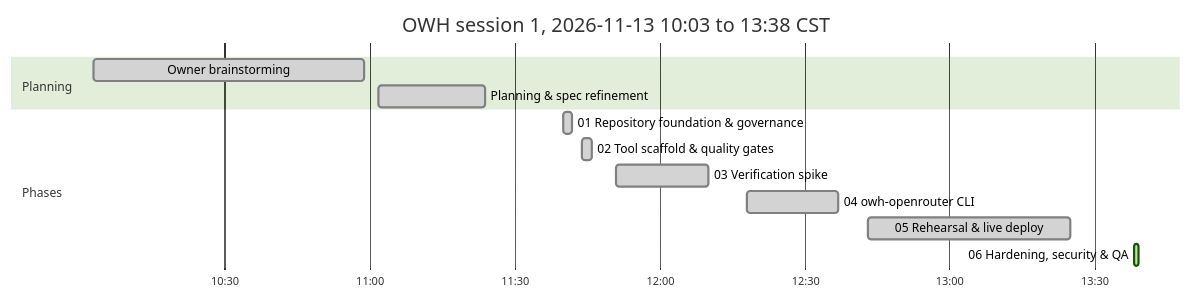
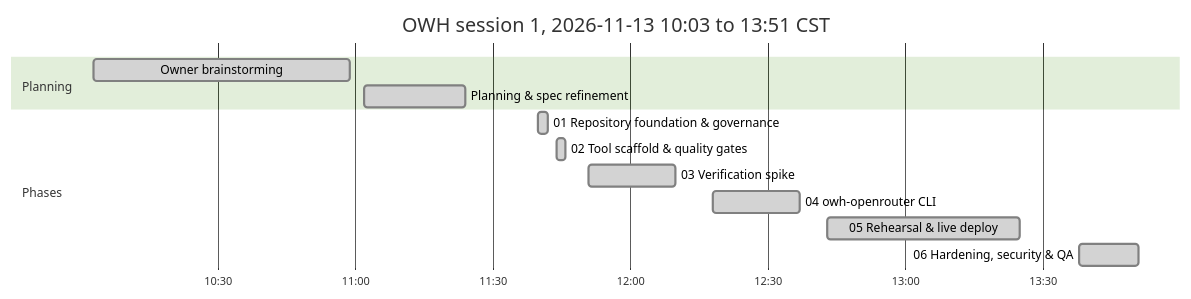
One commit to antonizick/OpenWebUI changed the diagram in OWH_IMPLEMENTATION_PLAN.md. Above: the diagram before and after it, drawn with Mermaid (forest theme). The commit also changed other lines of this file and 1 other file, not shown here.

Commit message:
docs(plan): refresh timeline

````diff
--- a/OWH_IMPLEMENTATION_PLAN.md
+++ b/OWH_IMPLEMENTATION_PLAN.md
@@ -48,16 +48,16 @@
 ```mermaid
 gantt
-    title OWH session 1, 2026-11-13 10:03 to 13:38 CST
+    title OWH session 1, 2026-11-13 10:03 to 13:51 CST
     dateFormat YYYY-MM-DD HH:mm
     axisFormat %H:%M
     section Planning
     Owner brainstorming :done, plan1, 2026-11-13 10:03, 2026-11-13 10:59
     Planning & spec refinement :done, p00, 2026-11-13 11:02, 2026-11-13 11:24
     section Phases
     01 Repository foundation & governance :done, p01s1, 2026-11-13 11:40, 2026-11-13 11:42
     02 Tool scaffold & quality gates :done, p02s1, 2026-11-13 11:44, 2026-11-13 11:46
     03 Verification spike :done, p03s1, 2026-11-13 11:51, 2026-11-13 12:10
     04 owh-openrouter CLI :done, p04s1, 2026-11-13 12:18, 2026-11-13 12:37
     05 Rehearsal & live deploy :done, p05s1, 2026-11-13 12:43, 2026-11-13 13:25
-    06 Hardening, security & QA :active, p06s1, 2026-11-13 13:38, 2026-11-13 13:39
+    06 Hardening, security & QA :done, p06s1, 2026-11-13 13:38, 2026-11-13 13:51
 ```
````
